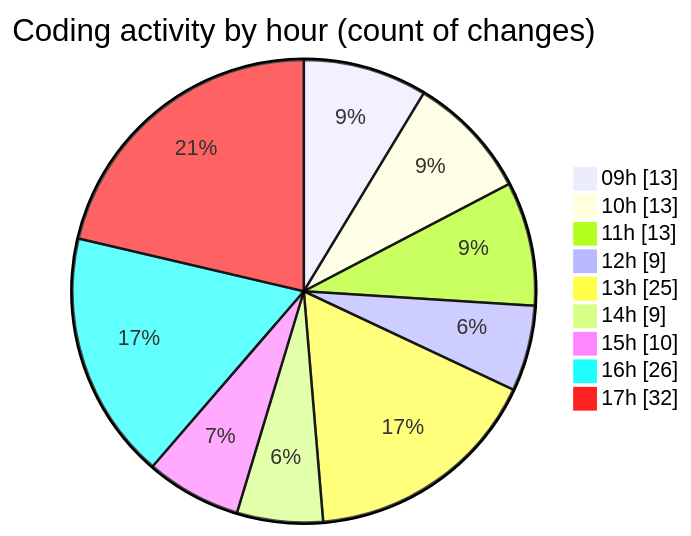
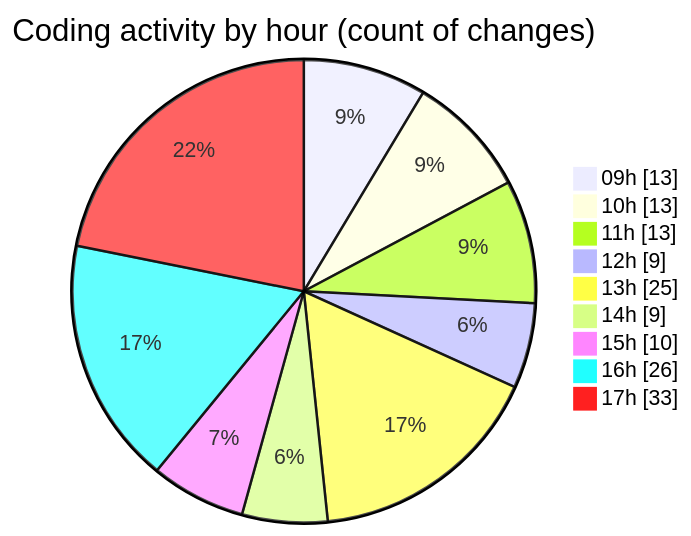
One commit to momahboobian/code-tracking changed the second of 2 diagrams in 2025-09-23/cda/README.md. Above: the diagram before and after it, drawn with Mermaid. The commit also changed other lines of this file and 1 other file, not shown here.

````diff
--- a/2025-09-23/cda/README.md
+++ b/2025-09-23/cda/README.md
@@ -45,13 +45,13 @@
 ```mermaid
 pie showData
 title Coding activity by hour (count of changes)
 "09h" : 13
 "10h" : 13
 "11h" : 13
 "12h" : 9
 "13h" : 25
 "14h" : 9
 "15h" : 10
 "16h" : 26
-"17h" : 32
+"17h" : 33
 ```
````
